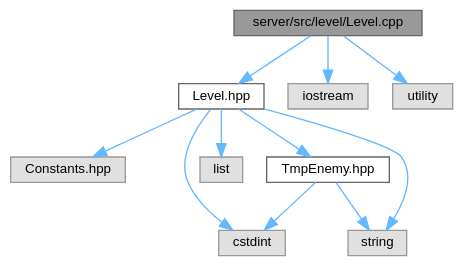
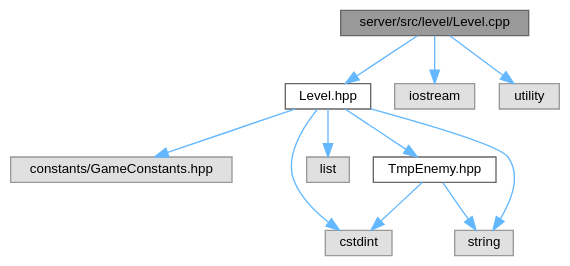
The diagram in Level_8cpp__incl.dot (Houpsi/R-Type), drawn with Graphviz before and after one commit. The commit also changed 161 other files, not shown here.

```diff
--- a/Level_8cpp__incl.dot
+++ b/Level_8cpp__incl.dot
@@ -1,26 +1,26 @@
 digraph "server/src/level/Level.cpp"
 {
  // LATEX_PDF_SIZE
   bgcolor="transparent";
   edge [fontname=Helvetica,fontsize=10,labelfontname=Helvetica,labelfontsize=10];
   node [fontname=Helvetica,fontsize=10,shape=box,height=0.2,width=0.4];
   Node1 [id="Node000001",label="server/src/level/Level.cpp",height=0.2,width=0.4,color="gray40", fillcolor="grey60", style="filled", fontcolor="black",tooltip=" "];
   Node1 -> Node2 [id="edge1_Node000001_Node000002",color="steelblue1",style="solid",tooltip=" "];
   Node2 [id="Node000002",label="Level.hpp",height=0.2,width=0.4,color="grey40", fillcolor="white", style="filled",URL="$Level_8hpp.html",tooltip=" "];
   Node2 -> Node3 [id="edge2_Node000002_Node000003",color="steelblue1",style="solid",tooltip=" "];
-  Node3 [id="Node000003",label="Constants.hpp",height=0.2,width=0.4,color="grey60", fillcolor="#E0E0E0", style="filled",tooltip=" "];
+  Node3 [id="Node000003",label="constants/GameConstants.hpp",height=0.2,width=0.4,color="grey60", fillcolor="#E0E0E0", style="filled",tooltip=" "];
   Node2 -> Node4 [id="edge3_Node000002_Node000004",color="steelblue1",style="solid",tooltip=" "];
   Node4 [id="Node000004",label="cstdint",height=0.2,width=0.4,color="grey60", fillcolor="#E0E0E0", style="filled",tooltip=" "];
   Node2 -> Node5 [id="edge4_Node000002_Node000005",color="steelblue1",style="solid",tooltip=" "];
   Node5 [id="Node000005",label="list",height=0.2,width=0.4,color="grey60", fillcolor="#E0E0E0", style="filled",tooltip=" "];
   Node2 -> Node6 [id="edge5_Node000002_Node000006",color="steelblue1",style="solid",tooltip=" "];
   Node6 [id="Node000006",label="string",height=0.2,width=0.4,color="grey60", fillcolor="#E0E0E0", style="filled",tooltip=" "];
   Node2 -> Node7 [id="edge6_Node000002_Node000007",color="steelblue1",style="solid",tooltip=" "];
   Node7 [id="Node000007",label="TmpEnemy.hpp",height=0.2,width=0.4,color="grey40", fillcolor="white", style="filled",URL="$TmpEnemy_8hpp.html",tooltip=" "];
   Node7 -> Node4 [id="edge7_Node000007_Node000004",color="steelblue1",style="solid",tooltip=" "];
   Node7 -> Node6 [id="edge8_Node000007_Node000006",color="steelblue1",style="solid",tooltip=" "];
   Node1 -> Node8 [id="edge9_Node000001_Node000008",color="steelblue1",style="solid",tooltip=" "];
   Node8 [id="Node000008",label="iostream",height=0.2,width=0.4,color="grey60", fillcolor="#E0E0E0", style="filled",tooltip=" "];
   Node1 -> Node9 [id="edge10_Node000001_Node000009",color="steelblue1",style="solid",tooltip=" "];
   Node9 [id="Node000009",label="utility",height=0.2,width=0.4,color="grey60", fillcolor="#E0E0E0", style="filled",tooltip=" "];
 }
```
